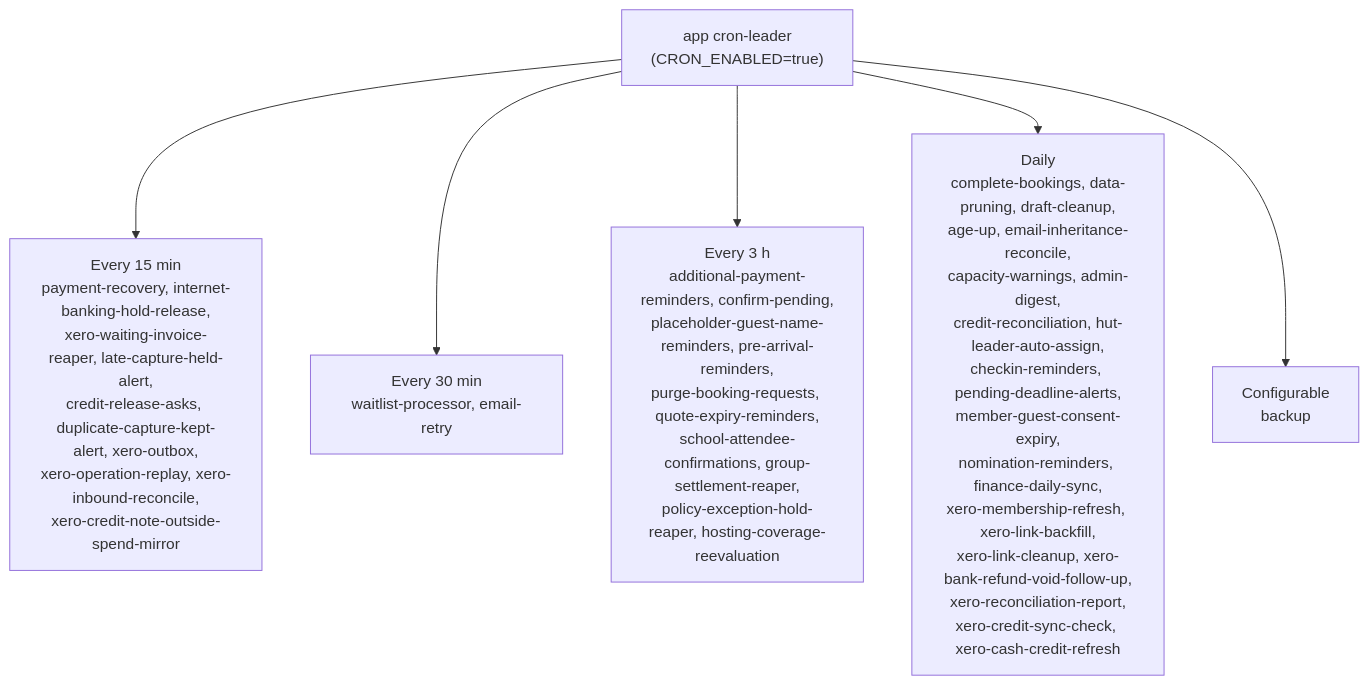
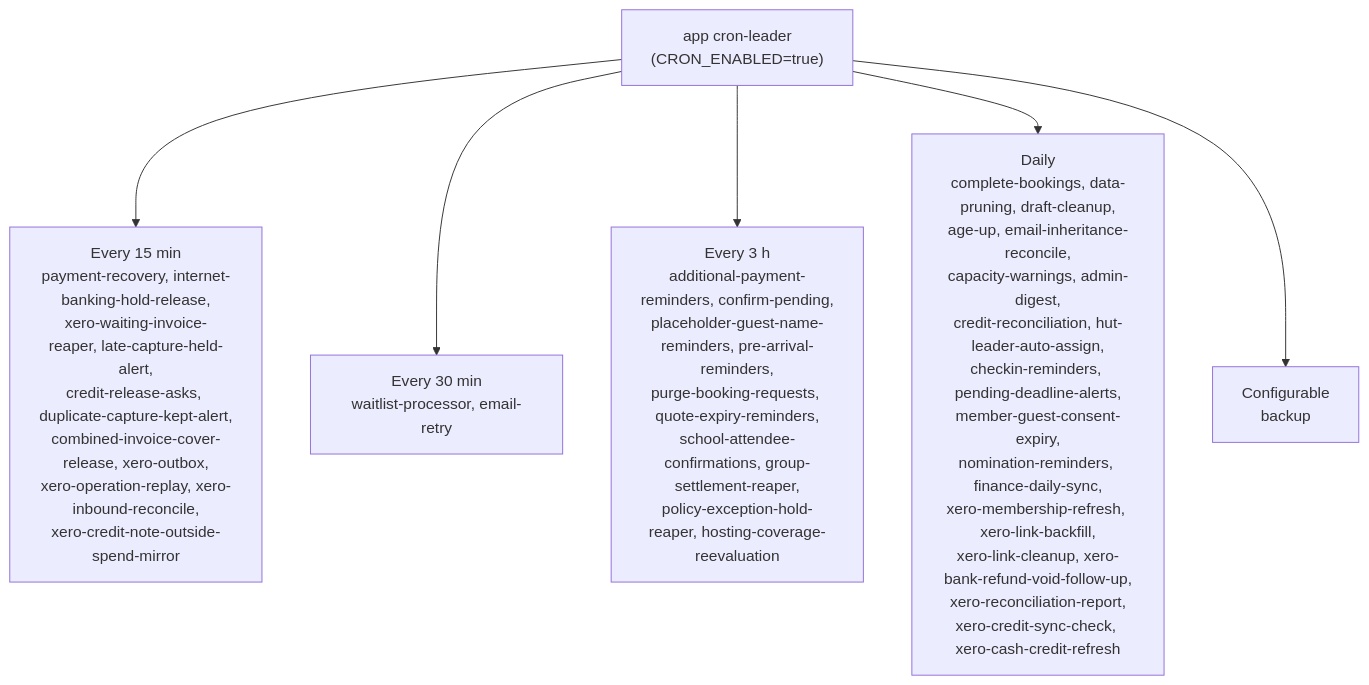
The fifth of 5 diagrams in docs/ARCHITECTURE.md (thatskiff33/AlpineClubBookingsNZ), drawn with Mermaid before and after one commit. The commit also changed other lines of this file and 14 other files, not shown here.

````diff
--- a/docs/ARCHITECTURE.md
+++ b/docs/ARCHITECTURE.md
@@ -3662,9 +3662,9 @@
 ```mermaid
 flowchart TD
     Leader["app cron-leader<br/>(CRON_ENABLED=true)"]
-    Leader --> Q15["Every 15 min<br/>payment-recovery, internet-banking-hold-release,<br/>xero-waiting-invoice-reaper, late-capture-held-alert,<br/>credit-release-asks, duplicate-capture-kept-alert, xero-outbox,<br/>xero-operation-replay, xero-inbound-reconcile,<br/>xero-credit-note-outside-spend-mirror"]
+    Leader --> Q15["Every 15 min<br/>payment-recovery, internet-banking-hold-release,<br/>xero-waiting-invoice-reaper, late-capture-held-alert,<br/>credit-release-asks, duplicate-capture-kept-alert,<br/>combined-invoice-cover-release, xero-outbox,<br/>xero-operation-replay, xero-inbound-reconcile,<br/>xero-credit-note-outside-spend-mirror"]
     Leader --> Q30["Every 30 min<br/>waitlist-processor, email-retry"]
     Leader --> Q3h["Every 3 h<br/>additional-payment-reminders, confirm-pending,<br/>placeholder-guest-name-reminders, pre-arrival-reminders,<br/>purge-booking-requests, quote-expiry-reminders,<br/>school-attendee-confirmations, group-settlement-reaper,<br/>policy-exception-hold-reaper, hosting-coverage-reevaluation"]
     Leader --> Daily["Daily<br/>complete-bookings, data-pruning, draft-cleanup,<br/>age-up, email-inheritance-reconcile,<br/>capacity-warnings, admin-digest,<br/>credit-reconciliation, hut-leader-auto-assign,<br/>checkin-reminders, pending-deadline-alerts,<br/>member-guest-consent-expiry,<br/>nomination-reminders, finance-daily-sync,<br/>xero-membership-refresh, xero-link-backfill,<br/>xero-link-cleanup, xero-bank-refund-void-follow-up,<br/>xero-reconciliation-report,<br/>xero-credit-sync-check, xero-cash-credit-refresh"]
     Leader --> Cfg["Configurable<br/>backup"]
 ```
````
